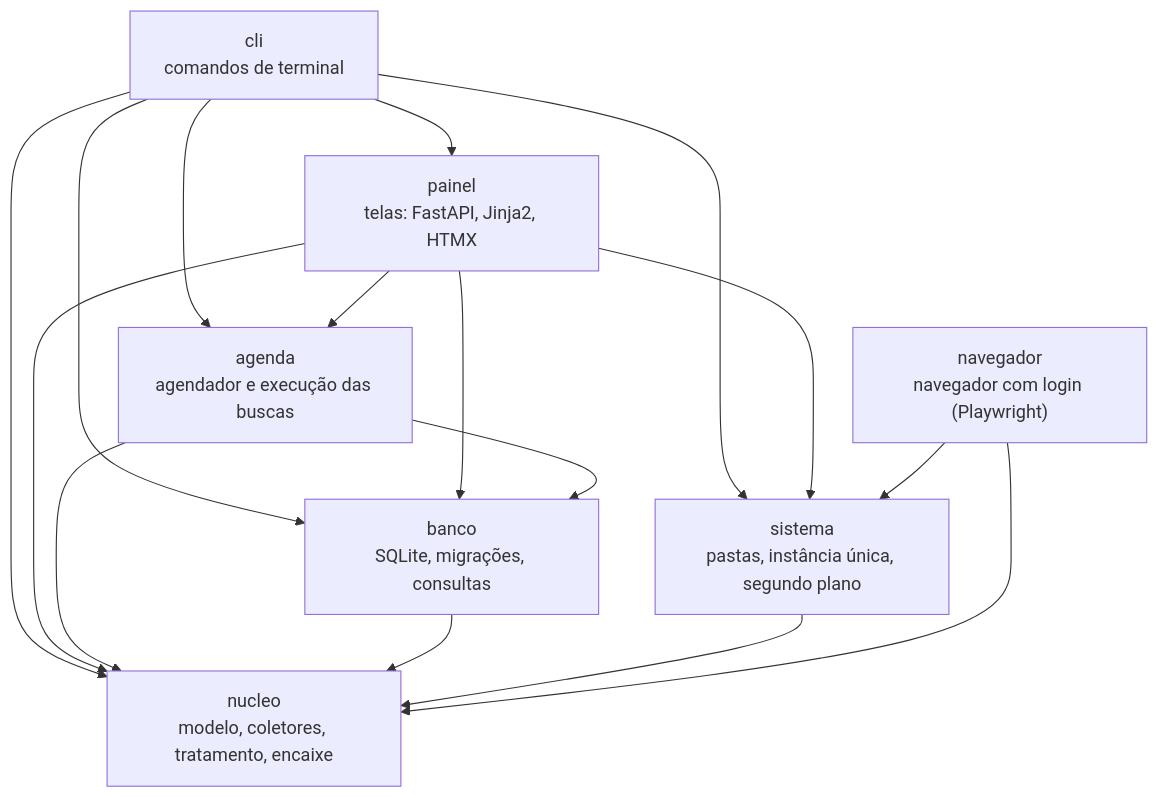
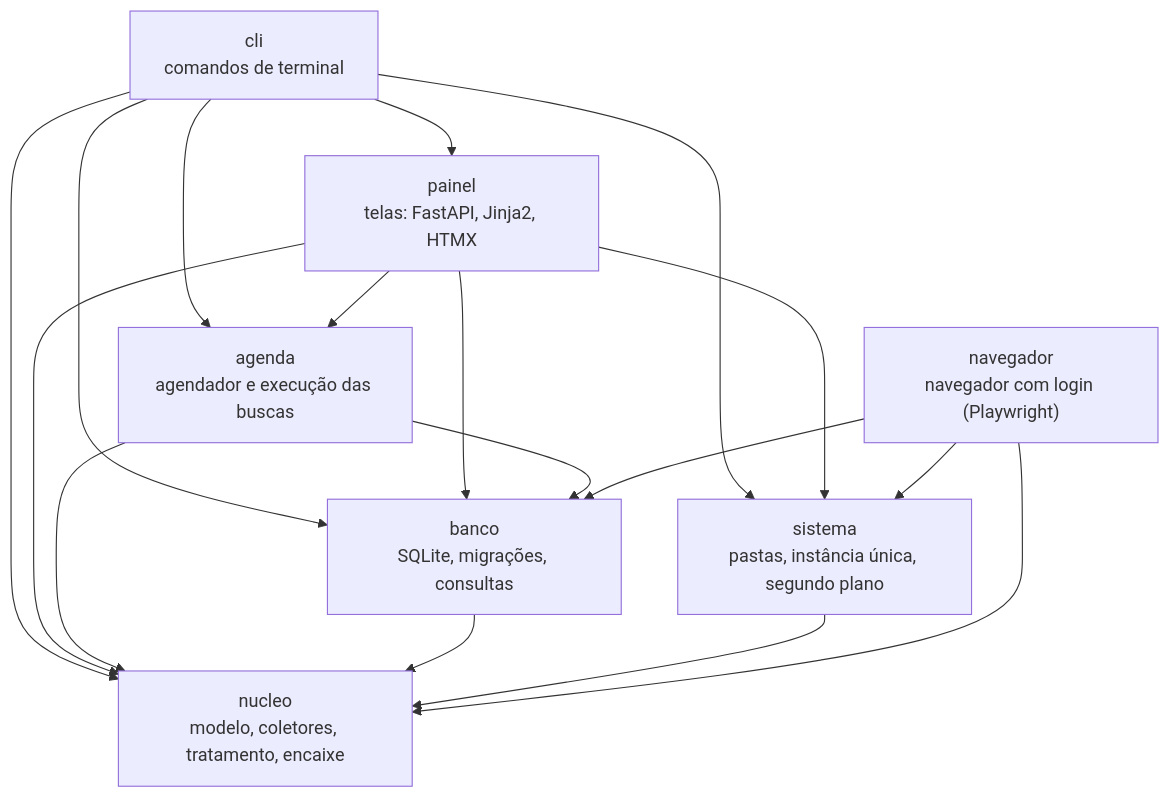
One commit to fezarosa-dev/joBot changed the first of 5 diagrams in wiki/Arquitetura.md. Above: the diagram before and after it, drawn with Mermaid. The commit also changed 5 other files, not shown here.

````diff
--- a/wiki/Arquitetura.md
+++ b/wiki/Arquitetura.md
@@ -43,26 +43,27 @@
 ```mermaid
 flowchart TD
     %% camadas
     cli["cli<br/>comandos de terminal"]
     painel["painel<br/>telas: FastAPI, Jinja2, HTMX"]
     agenda["agenda<br/>agendador e execução das buscas"]
     sistema["sistema<br/>pastas, instância única, segundo plano"]
     banco["banco<br/>SQLite, migrações, consultas"]
     navegador["navegador<br/>navegador com login (Playwright)"]
     nucleo["nucleo<br/>modelo, coletores, tratamento, encaixe"]
     cli --> painel
     cli --> agenda
     cli --> sistema
     cli --> banco
     cli --> nucleo
     painel --> agenda
     painel --> sistema
     painel --> banco
     painel --> nucleo
     agenda --> banco
     agenda --> nucleo
     banco --> nucleo
     sistema --> nucleo
     navegador --> sistema
     navegador --> nucleo
+    navegador --> banco
 ```
````
